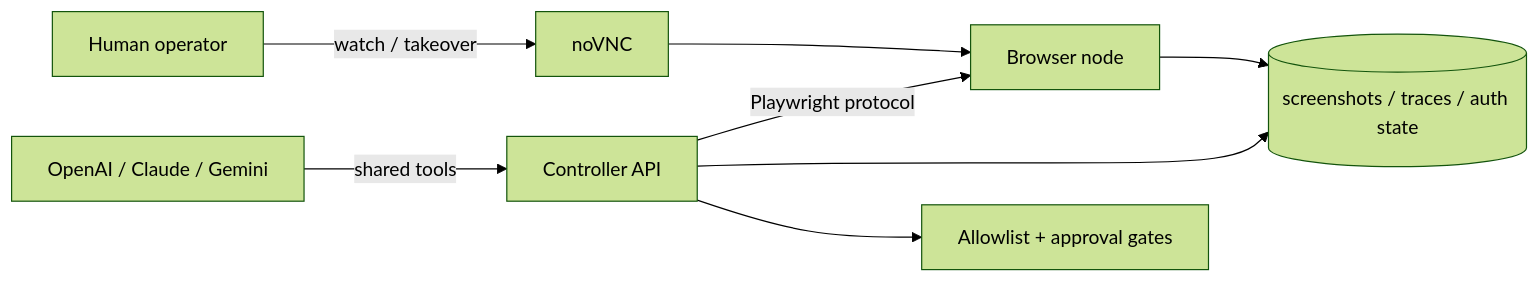
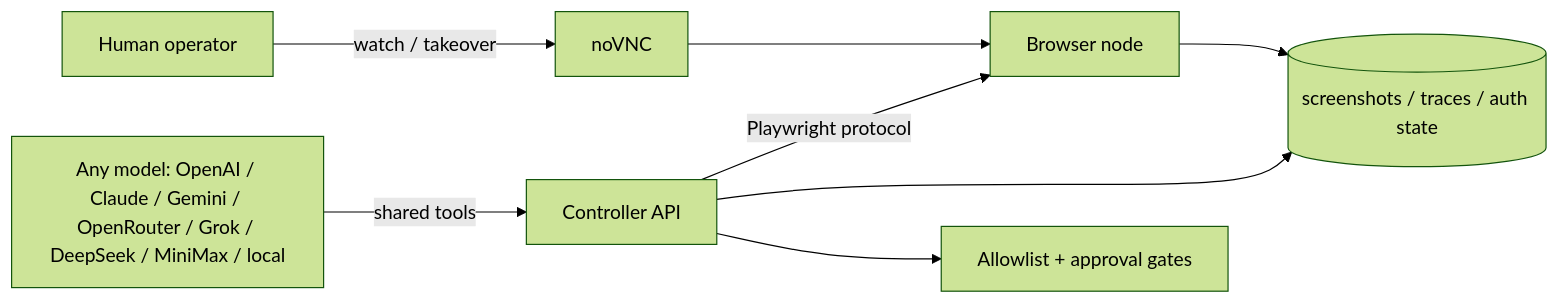
The diagram in README.md (LvcidPsyche/auto-browser), drawn with Mermaid (forest theme) before and after one commit. The commit also changed other lines of this file and 7 other files, not shown here.

First line of the commit message:
feat(providers): drive Auto Browser with any OpenAI-compatible model

````diff
--- a/README.md
+++ b/README.md
@@ -222,10 +222,10 @@
 ```mermaid
 flowchart LR
     User[Human operator] -->|watch / takeover| noVNC[noVNC]
-    LLM[OpenAI / Claude / Gemini] -->|shared tools| Controller[Controller API]
+    LLM[Any model: OpenAI / Claude / Gemini / OpenRouter / Grok / DeepSeek / MiniMax / local] -->|shared tools| Controller[Controller API]
     Controller -->|Playwright protocol| Browser[Browser node]
     noVNC --> Browser
     Browser --> Artifacts[(screenshots / traces / auth state)]
     Controller --> Artifacts
     Controller --> Policy[Allowlist + approval gates]
 ```
````
